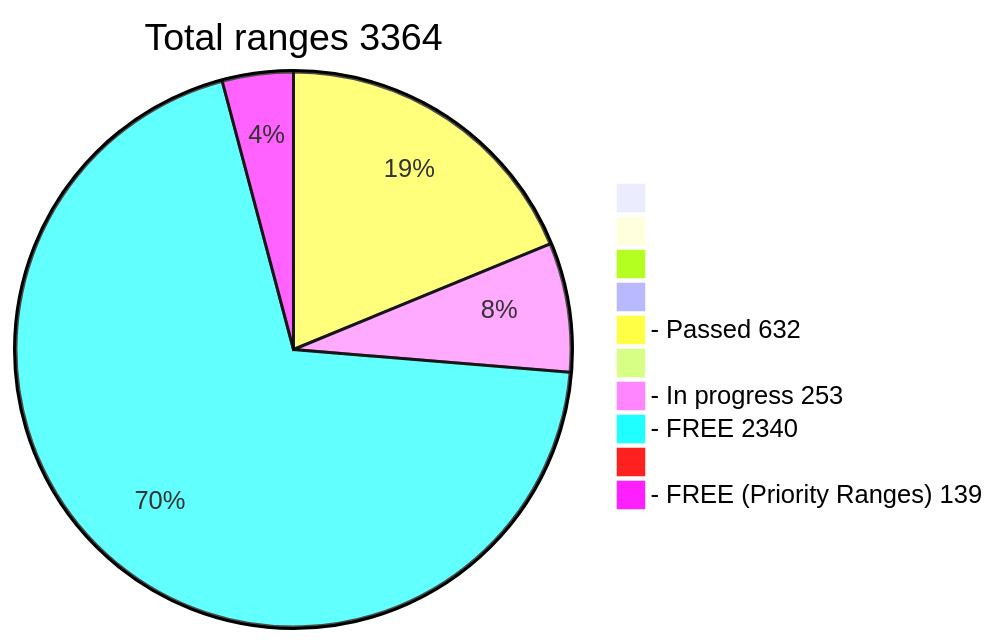
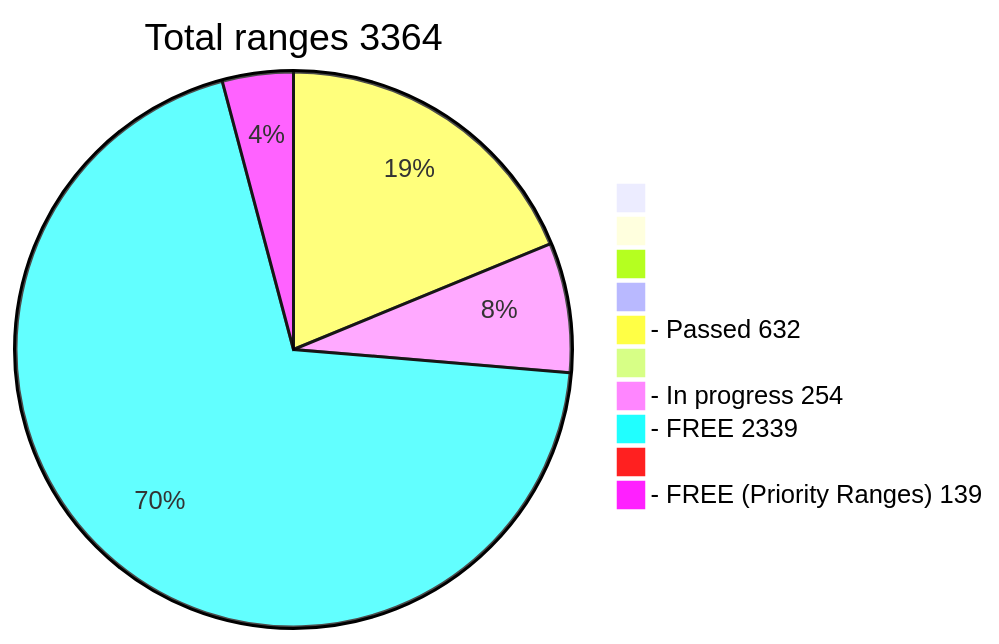
Before and after one commit to phrutis/wif500: the diagram in README.md, drawn with Mermaid.

````diff
--- a/README.md
+++ b/README.md
@@ -16,13 +16,13 @@
 ```mermaid
 pie title Total ranges 3364
              " " : 0
             "  " : 0
            "   " : 0
           "    " : 0
   "- Passed 632" : 632
          "     " : 0
-  "- In progress 253" : 253
-   "- FREE 2340" : 2340
+  "- In progress 254" : 254
+   "- FREE 2339" : 2339
         "      " : 0
   "- FREE (Priority Ranges) 139" : 139
 ```
````
